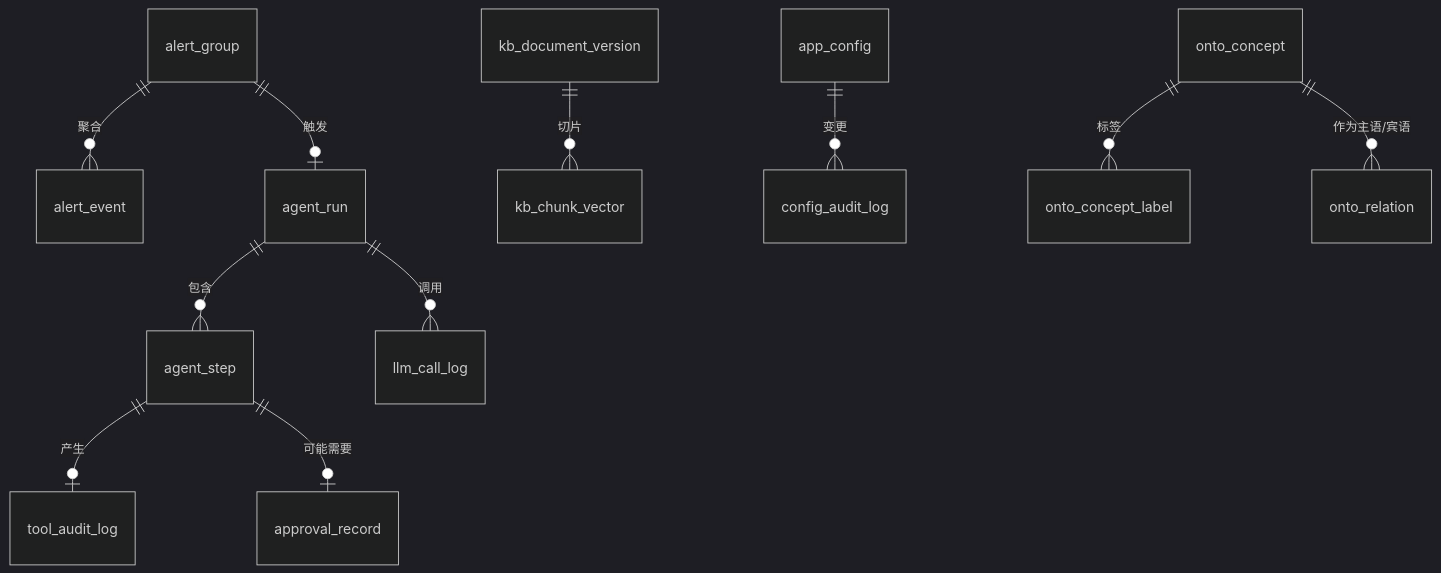
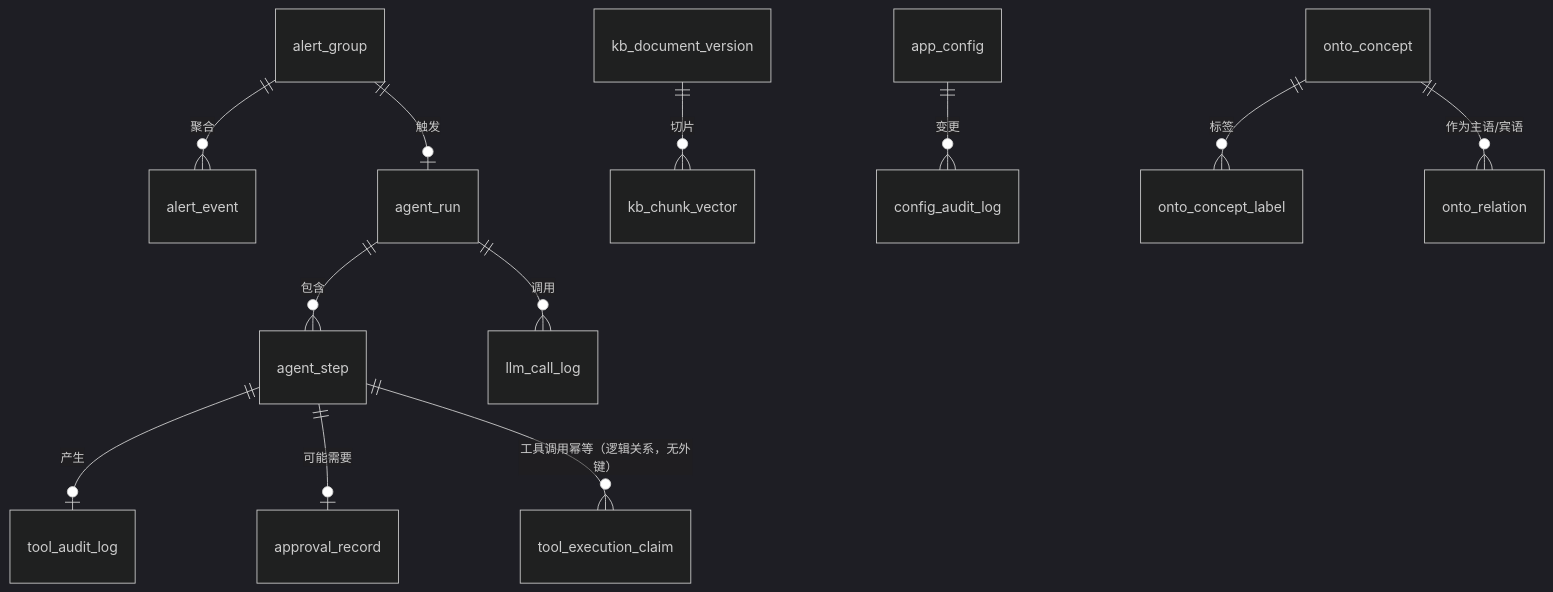
The diagram in 5.数据库设计文档.md (tough723/-agent-), drawn with Mermaid (dark theme) before and after one commit. The commit also changed other lines of this file and 6 other files, not shown here.

````diff
--- a/5.数据库设计文档.md
+++ b/5.数据库设计文档.md
@@ -26,13 +26,14 @@
 ```mermaid
 erDiagram
     alert_group ||--o{ alert_event : "聚合"
     alert_group ||--o| agent_run : "触发"
     agent_run ||--o{ agent_step : "包含"
     agent_step ||--o| tool_audit_log : "产生"
     agent_step ||--o| approval_record : "可能需要"
+    agent_step ||--o{ tool_execution_claim : "工具调用幂等（逻辑关系，无外键）"
     agent_run ||--o{ llm_call_log : "调用"
     kb_document_version ||--o{ kb_chunk_vector : "切片"
     app_config ||--o{ config_audit_log : "变更"
     onto_concept ||--o{ onto_concept_label : "标签"
     onto_concept ||--o{ onto_relation : "作为主语/宾语"
 ```
````
